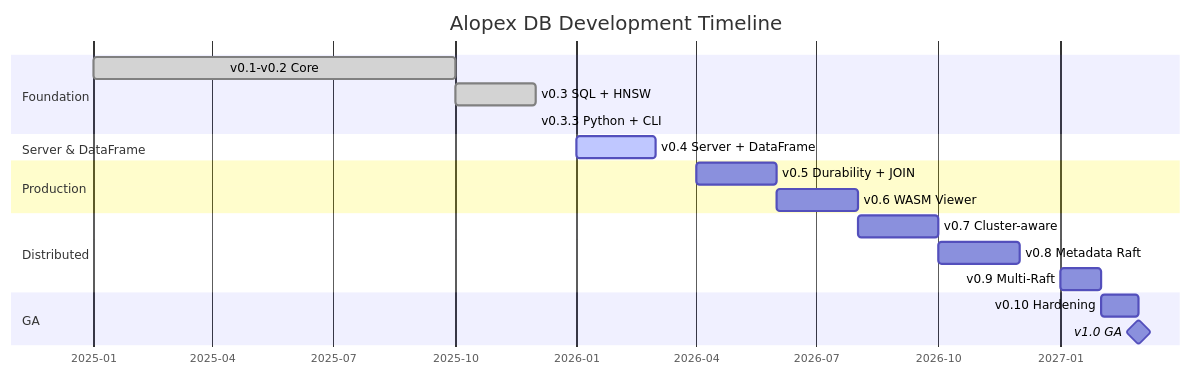
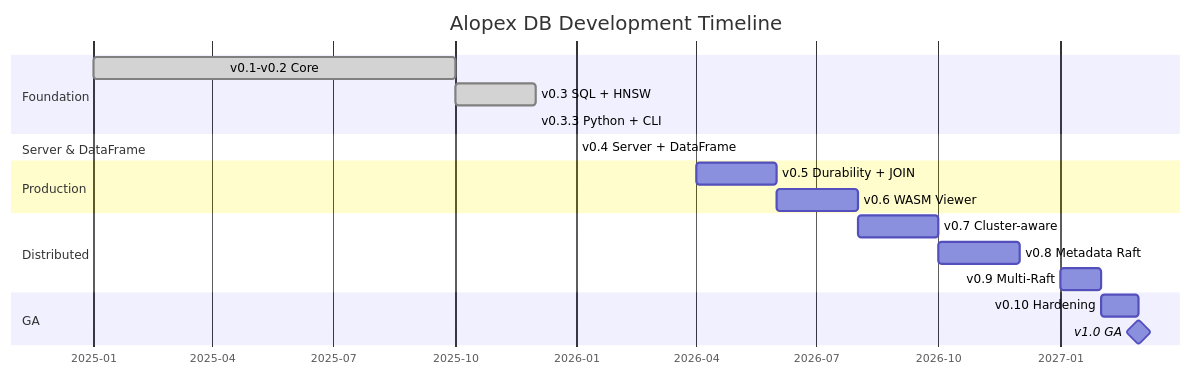
Before and after one commit to alopex-db/alopex-db.github.io: the diagram in docs/roadmap.md, drawn with Mermaid. The commit also changed other lines of this file and 2 other files, not shown here.

````diff
--- a/docs/roadmap.md
+++ b/docs/roadmap.md
@@ -26,27 +26,27 @@
 ```mermaid
 gantt
     title Alopex DB Development Timeline
     dateFormat  YYYY-MM
     axisFormat  %Y-%m
 
     section Foundation
     v0.1-v0.2 Core          :done, 2025-01, 2025-10
     v0.3 SQL + HNSW         :done, 2025-10, 2025-12
     v0.3.3 Python + CLI     :done, 2025-12, 2025-12
 
     section Server & DataFrame
-    v0.4 Server + DataFrame :active, 2026-01, 2026-03
+    v0.4 Server + DataFrame :done, 2026-01, 2026-01
 
     section Production
     v0.5 Durability + JOIN  :2026-04, 2026-06
     v0.6 WASM Viewer        :2026-06, 2026-08
 
     section Distributed
     v0.7 Cluster-aware      :2026-08, 2026-10
     v0.8 Metadata Raft      :2026-10, 2026-12
     v0.9 Multi-Raft         :2027-01, 2027-02
 
     section GA
     v0.10 Hardening         :2027-02, 2027-03
     v1.0 GA                 :milestone, 2027-03, 0d
 ```
````
